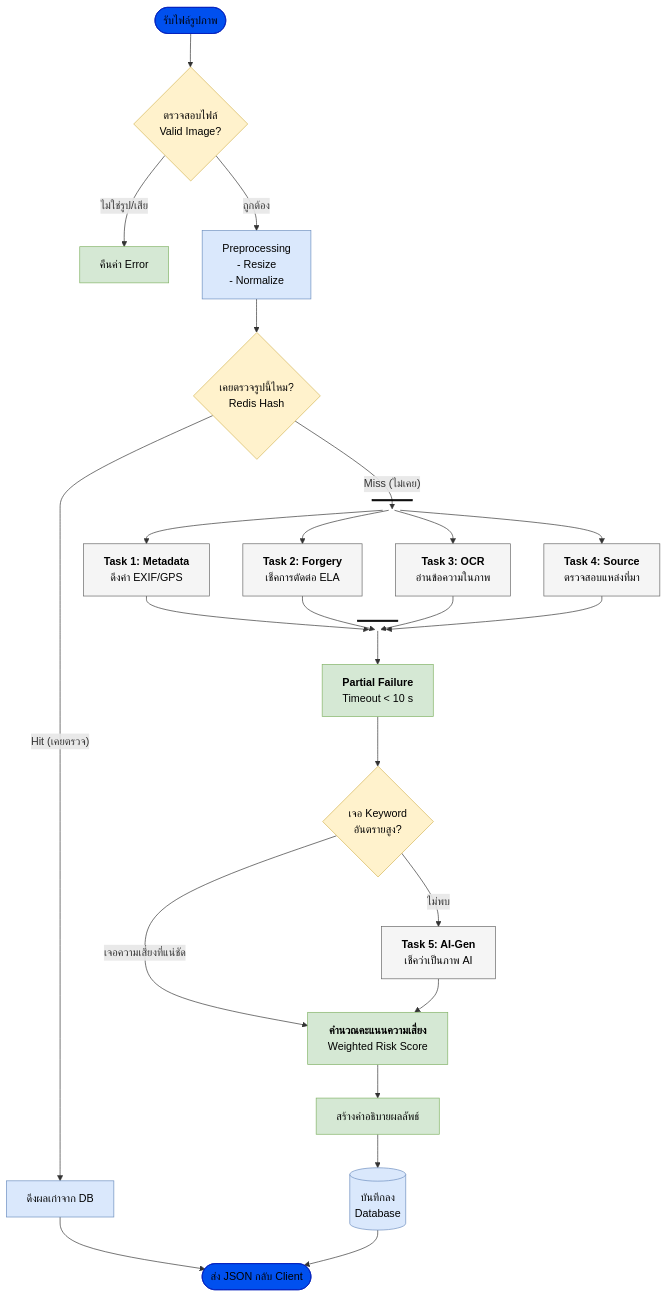
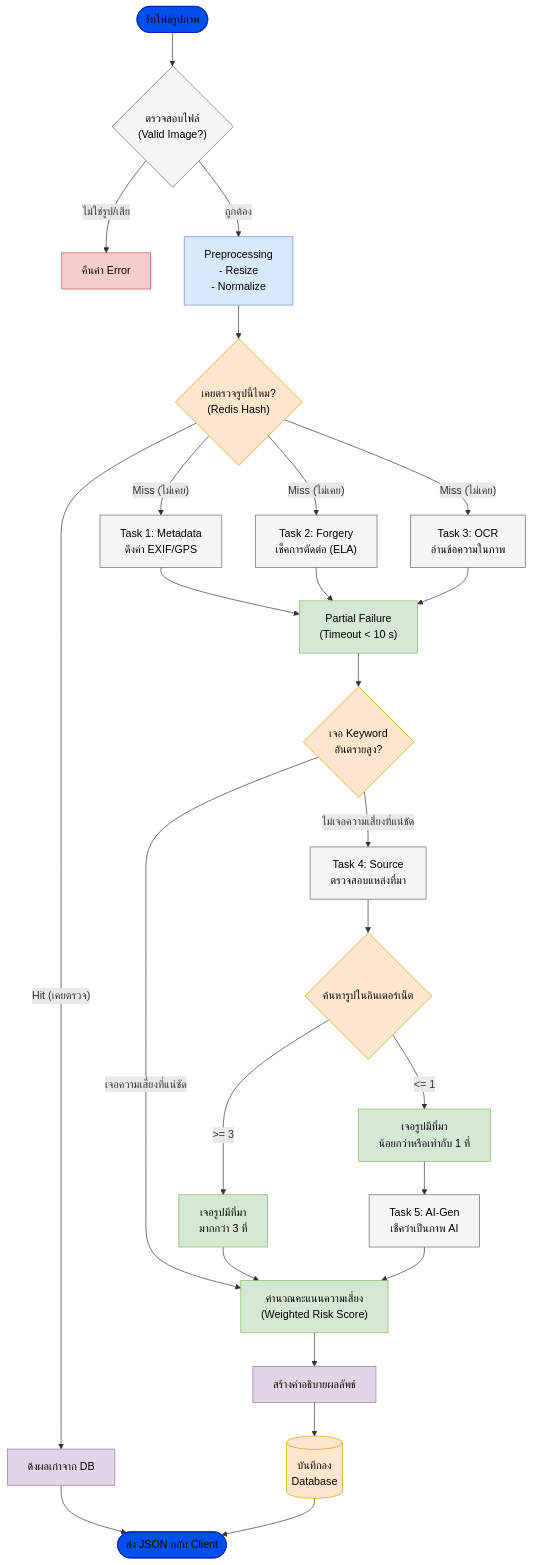
Before and after one commit to Panuwat-ta/project: the second of 2 diagrams in diagram/flowchart.md, drawn with Mermaid. The commit also changed other lines of this file and 3 other files, not shown here.

Commit message:
update flowchart

````diff
--- a/diagram/flowchart.md
+++ b/diagram/flowchart.md
@@ -94,93 +94,82 @@
 ```mermaid
-graph TD
-    %% Nodes Definition
-    Start([รับไฟล์รูปภาพ])
-    Validate{ตรวจสอบไฟล์<br/>Valid Image?}
-    Reject[คืนค่า Error]
+flowchart TD
+    %% การตั้งค่า Class สีต่างๆ (บังคับข้อความสีดำ color:black)
+    classDef blueFill fill:#dae8fc,stroke:#6c8ebf,color:black
+    classDef darkBlueFill fill:#0050ef,stroke:#001DBC,color:black
+    classDef greyFill fill:#f5f5f5,stroke:#666666,color:black
+    classDef redFill fill:#f8cecc,stroke:#b85450,color:black
+    classDef orangeFill fill:#ffe6cc,stroke:#d79b00,color:black
+    classDef greenFill fill:#d5e8d4,stroke:#82b366,color:black
+    classDef purpleFill fill:#e1d5e7,stroke:#9673a6,color:black
+
+    %% Nodes (โหนดต่างๆ)
+    Start(["รับไฟล์รูปภาพ"])
+    Validate{"ตรวจสอบไฟล์<br>(Valid Image?)"}
+    Reject["คืนค่า Error"]
+    Process["Preprocessing<br>- Resize<br>- Normalize"]
+    Cache{"เคยตรวจรูปนี้ไหม?<br>(Redis Hash)"}
+    RetCache["ดึงผลเก่าจาก DB"]
     
-    Preprocess[Preprocessing<br/>- Resize<br/>- Normalize]
+    %% Parallel Tasks Group
+    T1["Task 1: Metadata<br>ดึงค่า EXIF/GPS"]
+    T2["Task 2: Forgery<br>เช็คการตัดต่อ (ELA)"]
+    T3["Task 3: OCR<br>อ่านข้อความในภาพ"]
     
-    CacheCheck{เคยตรวจรูปนี้ไหม?<br/>Redis Hash}
-    RetCache[ดึงผลเก่าจาก DB]
+    Partial["Partial Failure<br>(Timeout < 10 s)"]
+    CheckKey{"เจอ Keyword<br>อันตรายสูง?"}
     
-    %% Parallel Tasks Section
-    Fork1[ ] 
-    style Fork1 fill:#000,stroke:#000,height:2px
+    T4["Task 4: Source<br>ตรวจสอบแหล่งที่มา"]
+    SearchNet{"ค้นหารูปในอินเตอร์เน็ต"}
     
-    Task1[<b>Task 1: Metadata</b><br/>ดึงค่า EXIF/GPS]
-    Task2[<b>Task 2: Forgery</b><br/>เช็คการตัดต่อ ELA]
-    Task3[<b>Task 3: OCR</b><br/>อ่านข้อความในภาพ]
-    Task4[<b>Task 4: Source</b><br/>ตรวจสอบแหล่งที่มา]
+    FoundMany["เจอรูปมีที่มา<br>มากกว่า 3 ที่"]
+    FoundFew["เจอรูปมีที่มา<br>น้อยกว่าหรือเท่ากับ 1 ที่"]
     
-    Join1[ ]
-    style Join1 fill:#000,stroke:#000,height:2px
+    T5["Task 5: AI-Gen<br>เช็คว่าเป็นภาพ AI"]
     
-    %% Post-Parallel Logic
-    Timeout[<b>Partial Failure</b><br/>Timeout < 10 s]
-    
-    KeywordCheck{เจอ Keyword<br/>อันตรายสูง?}
-    Task5[<b>Task 5: AI-Gen</b><br/>เช็คว่าเป็นภาพ AI]
-    
-    Calc[<b>คำนวณคะแนนความเสี่ยง</b><br/>Weighted Risk Score]
-    GenDesc[สร้างคำอธิบายผลลัพธ์]
-    SaveDB[(บันทึกลง<br/>Database)]
-    End([ส่ง JSON กลับ Client])
+    Calc["คำนวณคะแนนความเสี่ยง<br>(Weighted Risk Score)"]
+    Gen["สร้างคำอธิบายผลลัพธ์"]
+    DB[("บันทึกลง<br>Database")]
+    EndNode(["ส่ง JSON กลับ Client"])
 
-    %% Flow Connections
+    %% Connections (เส้นเชื่อมโยง)
     Start --> Validate
     Validate -- "ไม่ใช่รูป/เสีย" --> Reject
-    Validate -- "ถูกต้อง" --> Preprocess
+    Validate -- "ถูกต้อง" --> Process
+    Process --> Cache
     
-    Preprocess --> CacheCheck
-    CacheCheck -- "Hit (เคยตรวจ)" --> RetCache
-    RetCache --> End
+    Cache -- "Hit (เคยตรวจ)" --> RetCache
+    RetCache --> EndNode
     
-    CacheCheck -- "Miss (ไม่เคย)" --> Fork1
+    %% Miss Case (Parallel Processing)
+    Cache -- "Miss (ไม่เคย)" --> T1 & T2 & T3
     
-    Fork1 --> Task1
-    Fork1 --> Task2
-    Fork1 --> Task3
-    Fork1 --> Task4
+    T1 & T2 & T3 --> Partial
+    Partial --> CheckKey
     
-    Task1 --> Join1
-    Task2 --> Join1
-    Task3 --> Join1
-    Task4 --> Join1
+    %% Logic Checks
+    CheckKey -- "เจอความเสี่ยงที่แน่ชัด" --> Calc
+    CheckKey -- "ไม่เจอความเสี่ยงที่แน่ชัด" --> T4
     
-    Join1 --> Timeout
-    Timeout --> KeywordCheck
+    T4 --> SearchNet
     
-    KeywordCheck -- "เจอความเสี่ยงที่แน่ชัด" --> Calc
-    KeywordCheck -- "ไม่พบ" --> Task5
-    Task5 --> Calc
+    SearchNet -- ">= 3" --> FoundMany
+    FoundMany --> Calc
     
-    Calc --> GenDesc
-    GenDesc --> SaveDB
-    SaveDB --> End
+    SearchNet -- "<= 1" --> FoundFew
+    FoundFew --> T5
+    T5 --> Calc
+    
+    %% Finalize
+    Calc --> Gen
+    Gen --> DB
+    DB --> EndNode
 
-    %% Styling with Black Text and Draw.io Colors
-    classDef allText color:#000;
-    class Start,Validate,Reject,Preprocess,CacheCheck,RetCache,Task1,Task2,Task3,Task4,Timeout,KeywordCheck,Task5,Calc,GenDesc,SaveDB,End allText;
-
-    style Start fill:#0050ef,stroke:#001DBC
-    style End fill:#0050ef,stroke:#001DBC
-    
-    style Validate fill:#fff2cc,stroke:#d6b656
-    style CacheCheck fill:#fff2cc,stroke:#d6b656
-    style KeywordCheck fill:#fff2cc,stroke:#d6b656
-    
-    style Reject fill:#d5e8d4,stroke:#82b366
-    style Calc fill:#d5e8d4,stroke:#82b366
-    style Timeout fill:#d5e8d4,stroke:#82b366
-    style GenDesc fill:#d5e8d4,stroke:#82b366
-    
-    style Preprocess fill:#dae8fc,stroke:#6c8ebf
-    style RetCache fill:#dae8fc,stroke:#6c8ebf
-    style SaveDB fill:#dae8fc,stroke:#6c8ebf
-    
-    style Task1 fill:#f5f5f5,stroke:#666
-    style Task2 fill:#f5f5f5,stroke:#666
-    style Task3 fill:#f5f5f5,stroke:#666
-    style Task4 fill:#f5f5f5,stroke:#666
-    style Task5 fill:#f5f5f5,stroke:#666
+    %% การใส่สีให้กับ Nodes
+    class Start,EndNode darkBlueFill
+    class Validate,T1,T2,T3,T5,T4 greyFill
+    class Reject redFill
+    class Process blueFill
+    class Cache,SearchNet,CheckKey,DB orangeFill
+    class RetCache,Gen purpleFill
+    class Partial,Calc,FoundMany,FoundFew greenFill
 ```
````
